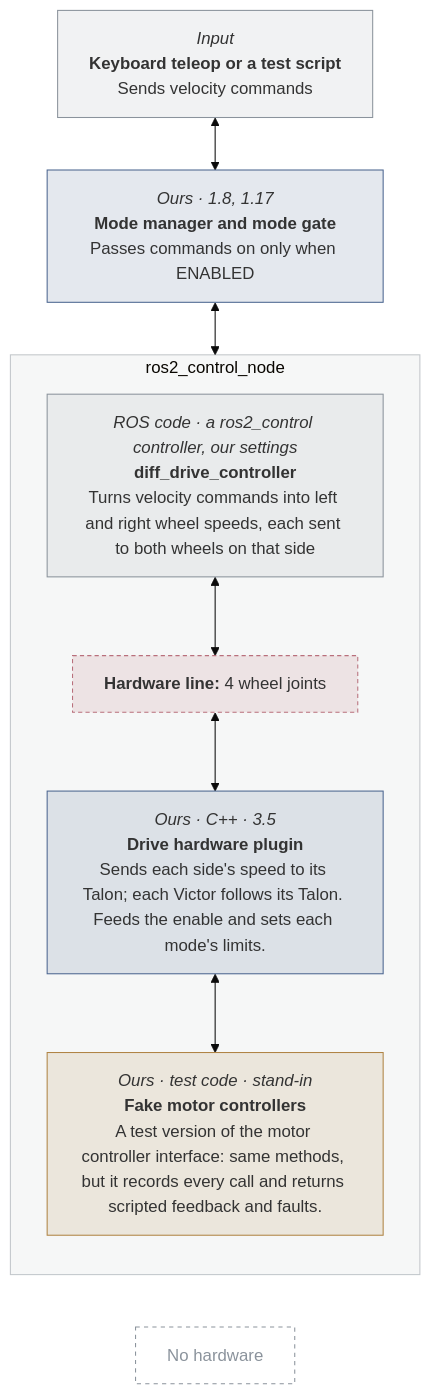
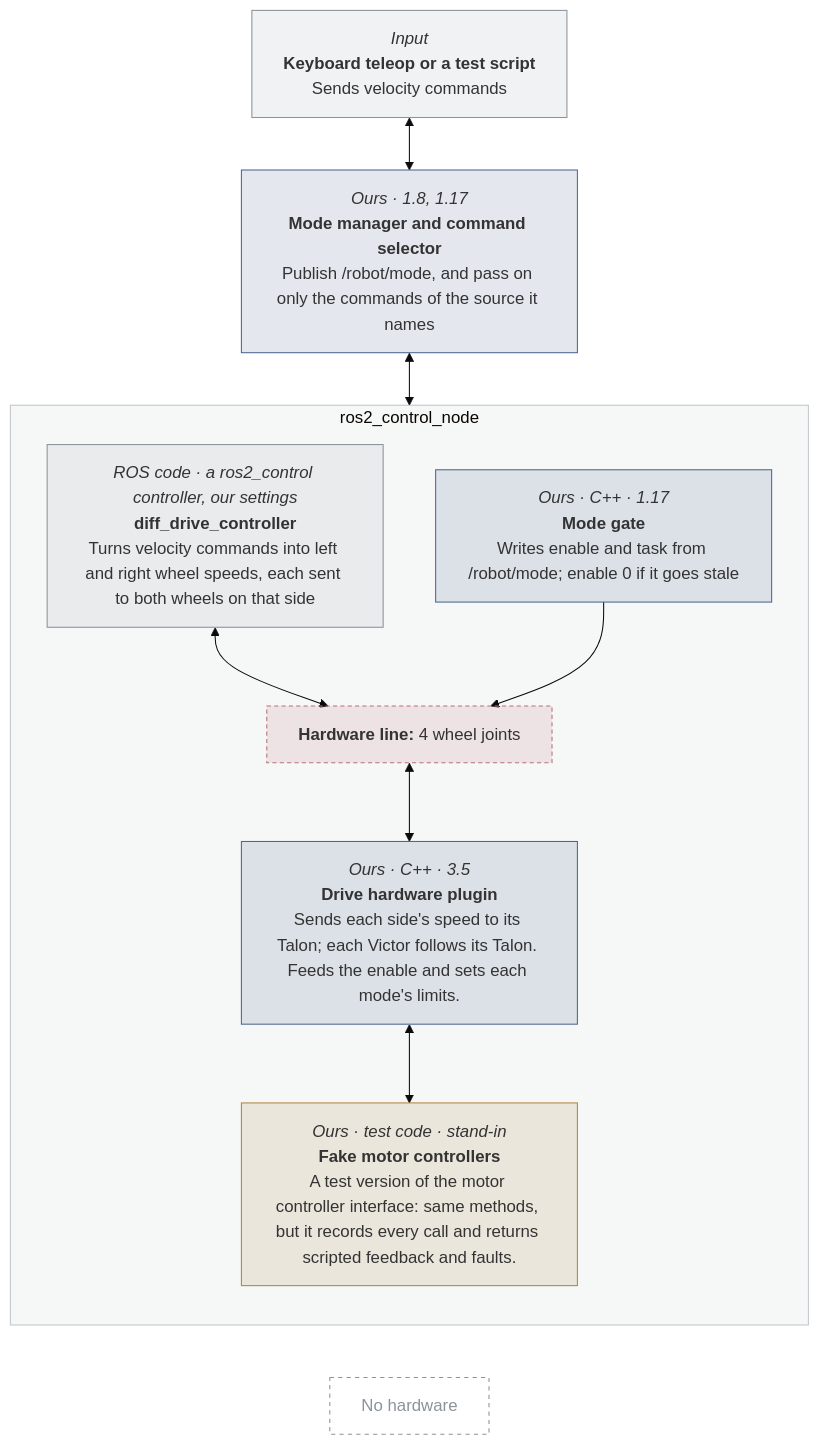
The second of 30 diagrams in docs/design/hardware-test-modes.md (STAR-Robotics-Team/starrt-luna-software), drawn with Mermaid (base theme) before and after one commit. The commit also changed other lines of this file and 10 other files, not shown here.

````diff
--- a/docs/design/hardware-test-modes.md
+++ b/docs/design/hardware-test-modes.md
@@ -114,46 +118,50 @@
 ```mermaid
 ---
 config:
   flowchart:
     wrappingWidth: 260
 ---
 flowchart TB
   b1["`*Input*
 **Keyboard teleop or a test script**
 Sends velocity commands`"]
   b2["`*Ours · 1.8, 1.17*
-**Mode manager and mode gate**
-Passes commands on only when ENABLED`"]
+**Mode manager and command selector**
+Publish /robot/mode, and pass on only the commands of the source it names`"]
   subgraph grp4["ros2_control_node"]
     direction TB
+    bgate["`*Ours · C++ · 1.17*
+**Mode gate**
+Writes enable and task from /robot/mode; enable 0 if it goes stale`"]
     b3["`*ROS code · a ros2_control controller, our settings*
 **diff_drive_controller**
 Turns velocity commands into left and right wheel speeds, each sent to both wheels on that side`"]
     line5["`**Hardware line:** 4 wheel joints`"]
     b6["`*Ours · C++ · 3.5*
 **Drive hardware plugin**
 Sends each side's speed to its Talon; each Victor follows its Talon. Feeds the enable and sets each mode's limits.`"]
     b7["`*Ours · test code · stand-in*
 **Fake motor controllers**
 A test version of the motor controller interface: same methods, but it records every call and returns scripted feedback and faults.`"]
     b3 <--> line5
+    bgate --> line5
     line5 <--> b6
     b6 <--> b7
   end
   none8["No hardware"]
   b1 <--> b2
   b2 <--> grp4
   grp4 ~~~ none8
   classDef ours fill:#4c669026,stroke:#4c6690
   classDef ros fill:#8b939c1f,stroke:#8b939c
   classDef stand fill:#b0844526,stroke:#b08445
   classDef hw fill:#4a725926,stroke:#4a7259
   classDef hwline fill:#b9707c26,stroke:#b9707c,stroke-dasharray:4 3
   classDef ghost fill:none,stroke:#8b939c,stroke-dasharray:4 4,color:#8b939c
   class b1,b3 ros
-  class b2,b6 ours
+  class b2,b6,bgate ours
   class line5 hwline
   class b7 stand
   class none8 ghost
   style grp4 fill:#8b939c14,stroke:#8b939c80
 ```
````
